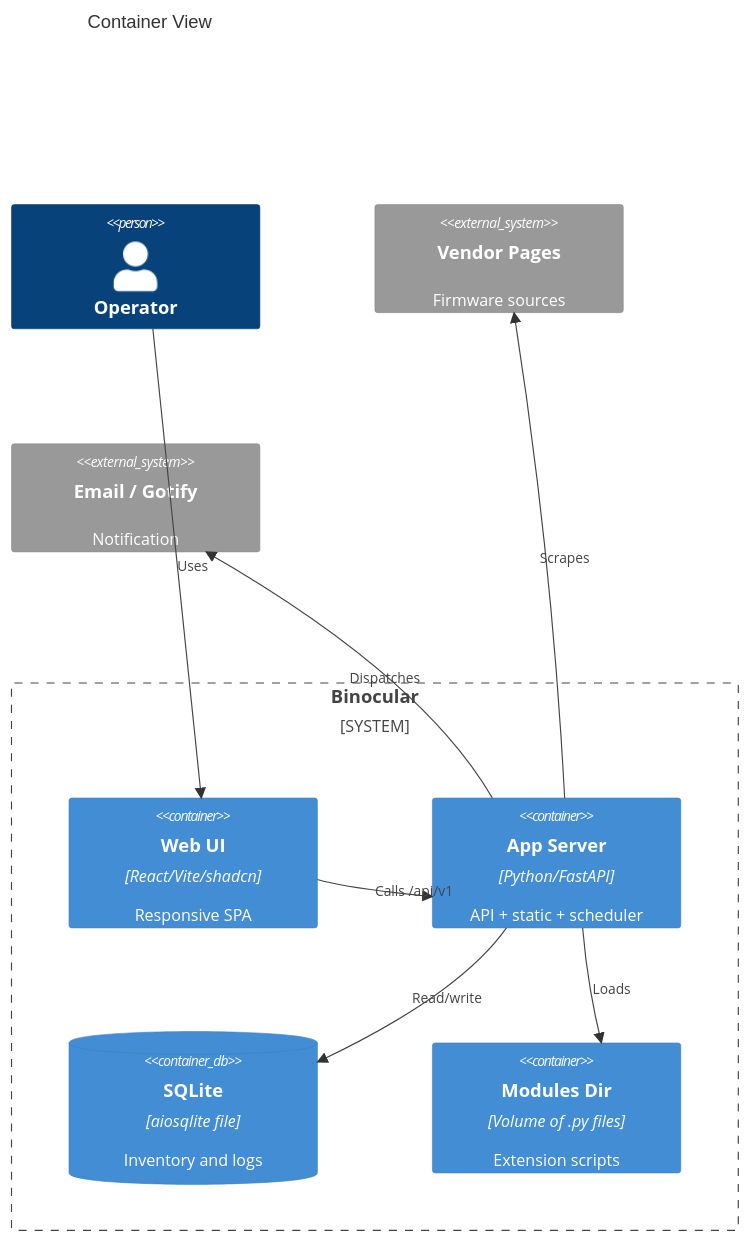
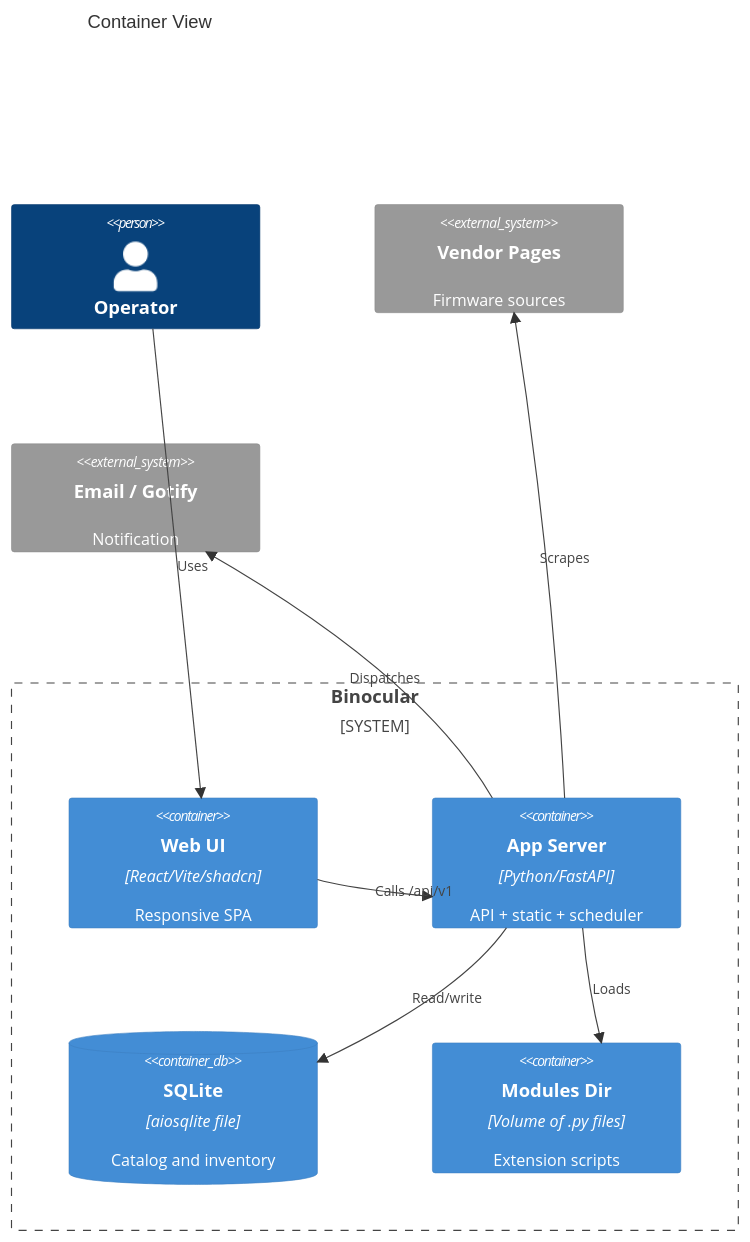
The second of 5 diagrams in specs/sad.md (attilaszasz/Binocular), drawn with Mermaid before and after one commit. The commit also changed other lines of this file and 19 other files, not shown here.

````diff
--- a/specs/sad.md
+++ b/specs/sad.md
@@ -45,19 +45,19 @@
 ```mermaid
 C4Container
     title Container View
     Person(user, "Operator")
     System_Boundary(binocular, "Binocular") {
         Container(spa, "Web UI", "React/Vite/shadcn", "Responsive SPA")
         Container(api, "App Server", "Python/FastAPI", "API + static + scheduler")
-        ContainerDb(db, "SQLite", "aiosqlite file", "Inventory and logs")
+        ContainerDb(db, "SQLite", "aiosqlite file", "Catalog and inventory")
         Container(modules, "Modules Dir", "Volume of .py files", "Extension scripts")
     }
     System_Ext(vendor, "Vendor Pages", "Firmware sources")
     System_Ext(notify, "Email / Gotify", "Notification")
     Rel(user, spa, "Uses")
     Rel(spa, api, "Calls /api/v1")
     Rel(api, db, "Read/write")
     Rel(api, modules, "Loads")
     Rel(api, vendor, "Scrapes")
     Rel(api, notify, "Dispatches")
 ```
````
